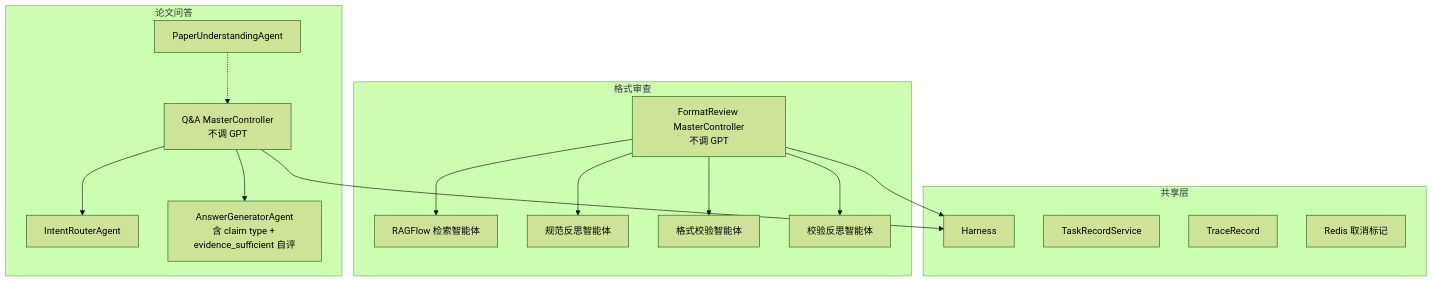
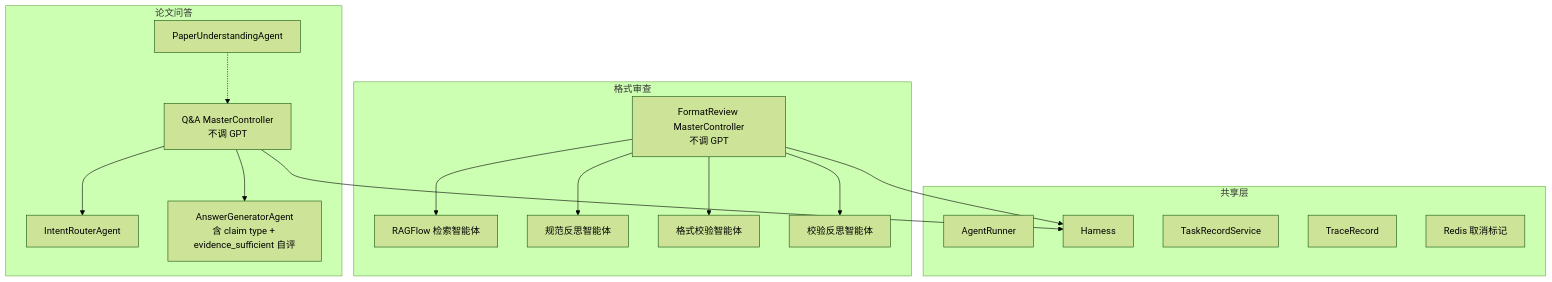
One commit to szy2334/ragflow-course-project changed the fourth of 4 diagrams in 论文问答多智能体架构改进方案_V1.0.md. Above: the diagram before and after it, drawn with Mermaid (forest theme). The commit also changed other lines of this file, not shown here.

````diff
--- a/论文问答多智能体架构改进方案_V1.0.md
+++ b/论文问答多智能体架构改进方案_V1.0.md
@@ -318,31 +324,32 @@
 ```mermaid
 flowchart TD
     subgraph 论文问答
         QA_MC["Q&A MasterController\n不调 GPT"]
         QA_IRA["IntentRouterAgent"]
         QA_PUA["PaperUnderstandingAgent"]
         QA_AGA["AnswerGeneratorAgent\n含 claim type + evidence_sufficient 自评"]
         QA_MC --> QA_IRA
         QA_MC --> QA_AGA
         QA_PUA -.-> QA_MC
     end
     subgraph 格式审查
         FR_MC["FormatReview MasterController\n不调 GPT"]
         FR_RAG["RAGFlow 检索智能体"]
         FR_RS["规范反思智能体"]
         FR_FC["格式校验智能体"]
         FR_RV["校验反思智能体"]
         FR_MC --> FR_RAG
         FR_MC --> FR_RS
         FR_MC --> FR_FC
         FR_MC --> FR_RV
     end
     subgraph 共享层
+        AR["AgentRunner"]
         H["Harness"]
         TS["TaskRecordService"]
         TR["TraceRecord"]
         RD["Redis 取消标记"]
     end
     QA_MC --> H
     FR_MC --> H
 ```
````
